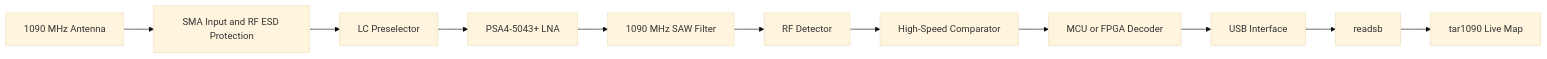
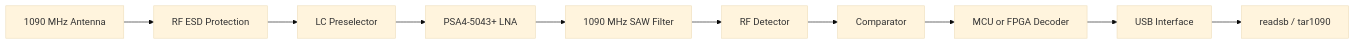
One commit to PleshyvtsevMaksym/Custom-1090-MHz-ADS-B-Receiver changed the diagram in README.md. Above: the diagram before and after it, drawn with Mermaid (base theme). The commit also changed other lines of this file, not shown here.

````diff
--- a/README.md
+++ b/README.md
@@ -75,25 +38,23 @@
 ```mermaid
 flowchart LR
     ANT[1090 MHz Antenna]
-    ESD[SMA Input and RF ESD Protection]
+    ESD[RF ESD Protection]
     PRE[LC Preselector]
     LNA[PSA4-5043+ LNA]
     SAW[1090 MHz SAW Filter]
     DET[RF Detector]
-    COMP[High-Speed Comparator]
+    COMP[Comparator]
     DEC[MCU or FPGA Decoder]
     USB[USB Interface]
-    READSB[readsb]
-    TAR[tar1090 Live Map]
+    PC[readsb / tar1090]
 
     ANT --> ESD
     ESD --> PRE
     PRE --> LNA
     LNA --> SAW
     SAW --> DET
     DET --> COMP
     COMP --> DEC
     DEC --> USB
-    USB --> READSB
-    READSB --> TAR
+    USB --> PC
 ```
````
